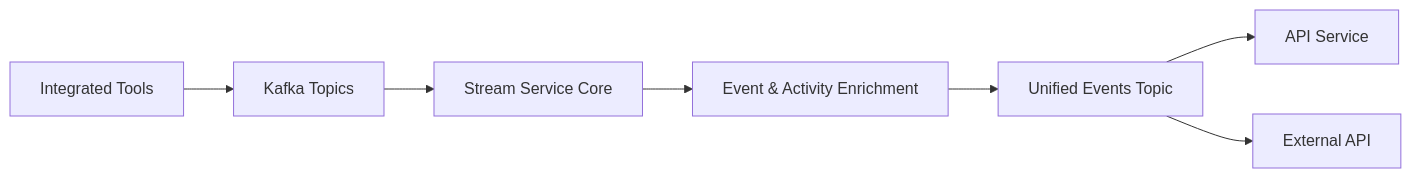
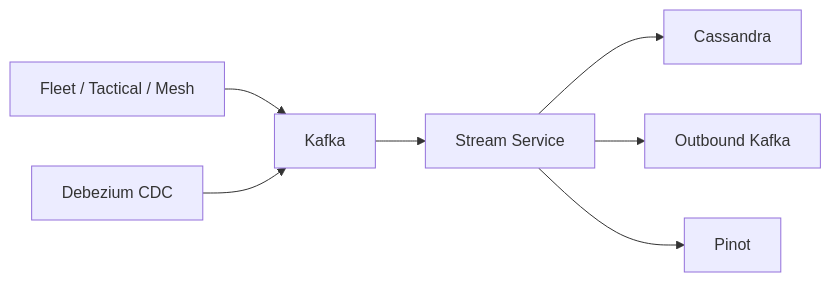
One commit to Praesto-Pro/openframe-oss-tenant changed the fourth of 5 diagrams in docs/architecture/README.md. Above: the diagram before and after it, drawn with Mermaid. The commit also changed other lines of this file and 344 other files, not shown here.

````diff
--- a/docs/architecture/README.md
+++ b/docs/architecture/README.md
@@ -109,11 +186,9 @@
 ```mermaid
 flowchart LR
-    Tools["Integrated Tools"] --> Kafka["Kafka Topics"]
-
-    Kafka --> Stream["Stream Service Core"]
-    Stream --> Enrichment["Event & Activity Enrichment"]
-    Enrichment --> Unified["Unified Events Topic"]
-
-    Unified --> API["API Service"]
-    Unified --> ExternalAPI["External API"]
+    Tools["Fleet / Tactical / Mesh"] --> Kafka
+    MongoCDC["Debezium CDC"] --> Kafka
+    Kafka --> Stream["Stream Service"]
+    Stream --> Cassandra
+    Stream --> KafkaOut["Outbound Kafka"]
+    Stream --> Pinot
 ```
````
